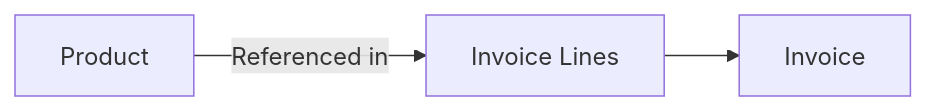
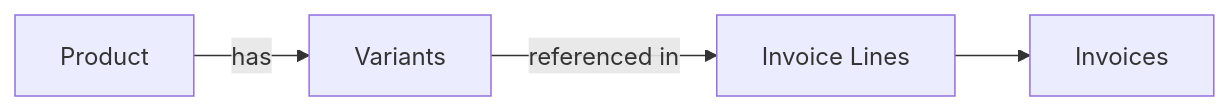
Before and after one commit to Pollinate-Core/docs: the second of 2 diagrams in guides/products.mdx, drawn with Mermaid. The commit also changed other lines of this file and 7 other files, not shown here.

````diff
--- a/guides/products.mdx
+++ b/guides/products.mdx
@@ -99,5 +196,6 @@
 ```mermaid
 graph LR
-    A[Product] -->|Referenced in| B[Invoice Lines]
-    B --> C[Invoice]
+    Product[Product] -->|has| Variants[Variants]
+    Variants -->|referenced in| InvoiceLines[Invoice Lines]
+    InvoiceLines --> Invoices[Invoices]
 ```
````
